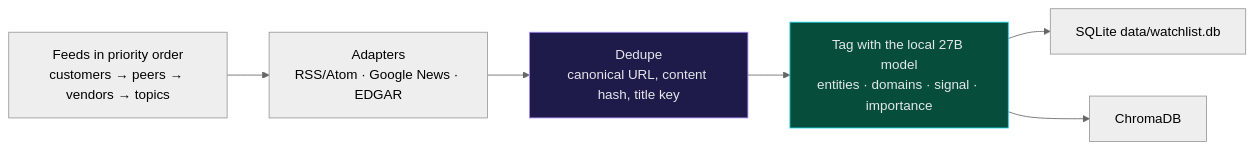
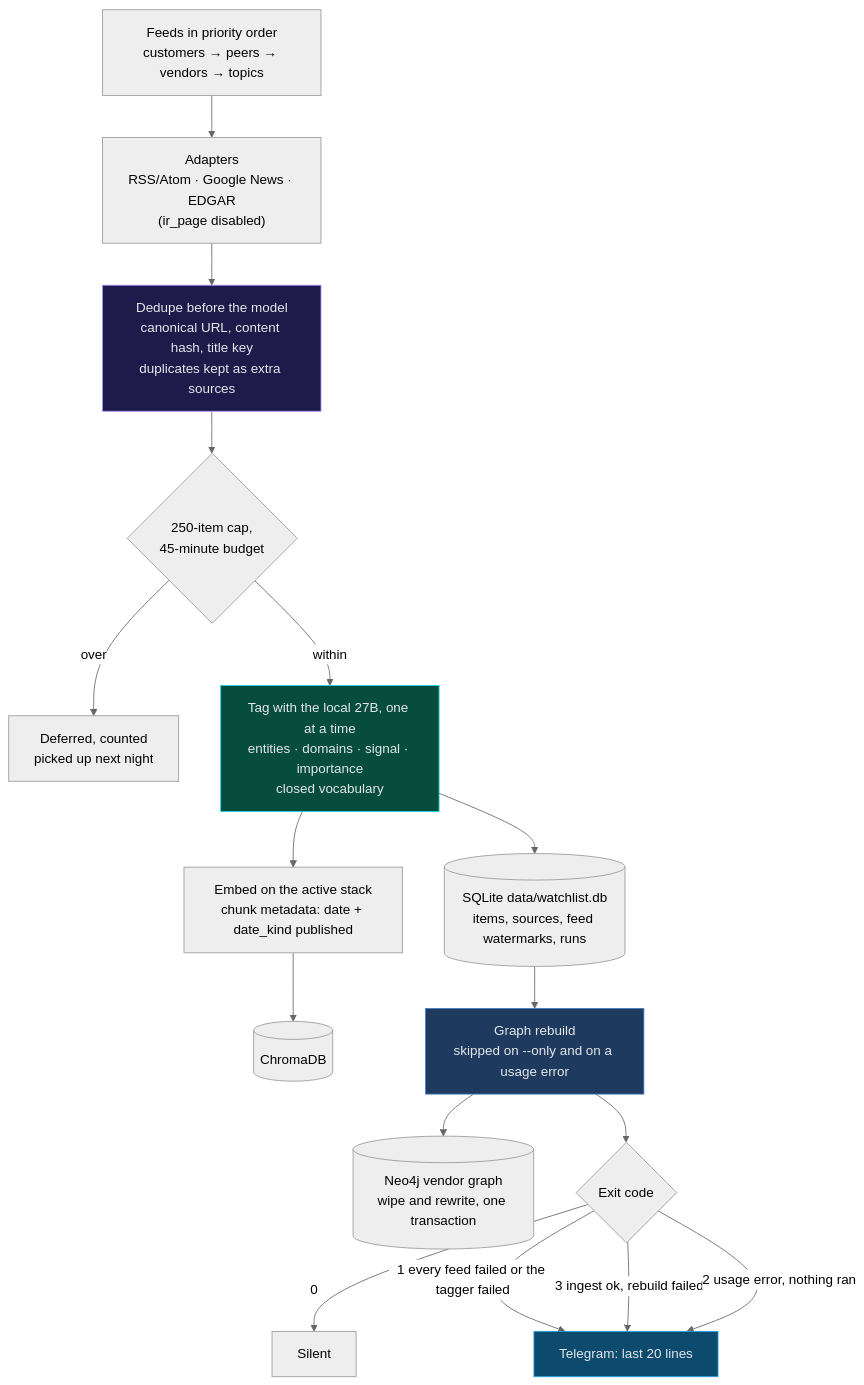
One commit to sebdallais-git/PharmaIT_Chat_and_Digest changed the tenth of 23 diagrams in README.md. Above: the diagram before and after it, drawn with Mermaid (neutral theme). The commit also changed other lines of this file, not shown here.

````diff
--- a/README.md
+++ b/README.md
@@ -454,11 +627,23 @@
 ```mermaid
-flowchart LR
-    F["Feeds in priority order<br/>customers → peers → vendors → topics"] --> A["Adapters<br/>RSS/Atom · Google News · EDGAR"]
-    A --> D["Dedupe<br/>canonical URL, content hash, title key"]
-    D --> T["Tag with the local 27B model<br/>entities · domains · signal · importance"]
-    T --> S["SQLite data/watchlist.db"]
-    T --> C["ChromaDB"]
+flowchart TD
+    F["Feeds in priority order<br/>customers → peers → vendors → topics"] --> A["Adapters<br/>RSS/Atom · Google News · EDGAR<br/>(ir_page disabled)"]
+    A --> D["Dedupe before the model<br/>canonical URL, content hash, title key<br/>duplicates kept as extra sources"]
+    D --> CAP{"250-item cap,<br/>45-minute budget"}
+    CAP -- "over" --> DEF["Deferred, counted<br/>picked up next night"]
+    CAP -- "within" --> T["Tag with the local 27B, one at a time<br/>entities · domains · signal · importance<br/>closed vocabulary"]
+    T --> S[("SQLite data/watchlist.db<br/>items, sources, feed watermarks, runs")]
+    T --> E["Embed on the active stack<br/>chunk metadata: date + date_kind published"]
+    E --> C[("ChromaDB")]
+    S --> RB["Graph rebuild<br/>skipped on --only and on a usage error"]
+    RB --> NEO[("Neo4j vendor graph<br/>wipe and rewrite, one transaction")]
+    RB --> X{"Exit code"}
+    X -- "0" --> Q["Silent"]
+    X -- "1 every feed failed or the tagger failed" --> TG["Telegram: last 20 lines"]
+    X -- "3 ingest ok, rebuild failed" --> TG
+    X -- "2 usage error, nothing ran" --> TG
 
     style D fill:#1e1b4b,stroke:#a78bfa,color:#e5e7eb
     style T fill:#064e3b,stroke:#22d3ee,color:#e5e7eb
+    style RB fill:#1e3a5f,stroke:#4581C3,color:#e5e7eb
+    style TG fill:#0c4a6e,stroke:#26A5E4,color:#e5e7eb
 ```
````
